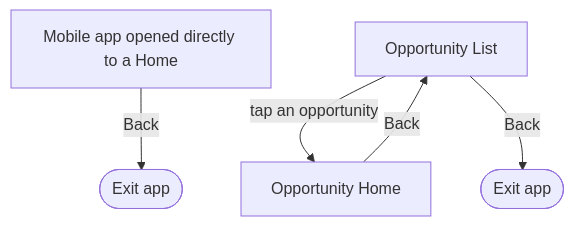
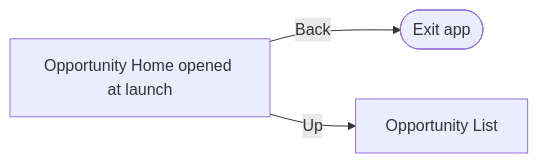
Before and after one commit to dimagi/commcare-android: the third of 4 diagrams in docs/superpowers/specs/2026-07-23-app-navigation-changes-design.md, drawn with Mermaid. The commit also changed other lines of this file, not shown here.

First line of the commit message:
CCCT-2520 App Navigation Changes Spec

````diff
--- a/docs/superpowers/specs/2026-07-23-app-navigation-changes-design.md
+++ b/docs/superpowers/specs/2026-07-23-app-navigation-changes-design.md
@@ -43,7 +51,5 @@
 ```mermaid
-flowchart TD
-    A[Mobile app opened directly to a Home] -->|Back| AExit([Exit app])
-    B[Opportunity List] -->|tap an opportunity| BHome[Opportunity Home]
-    BHome -->|Back| B
-    B -->|Back| BExit([Exit app])
+flowchart LR
+    OH[Opportunity Home opened at launch] -->|Back| EX([Exit app])
+    OH -->|Up| OL[Opportunity List]
 ```
````
